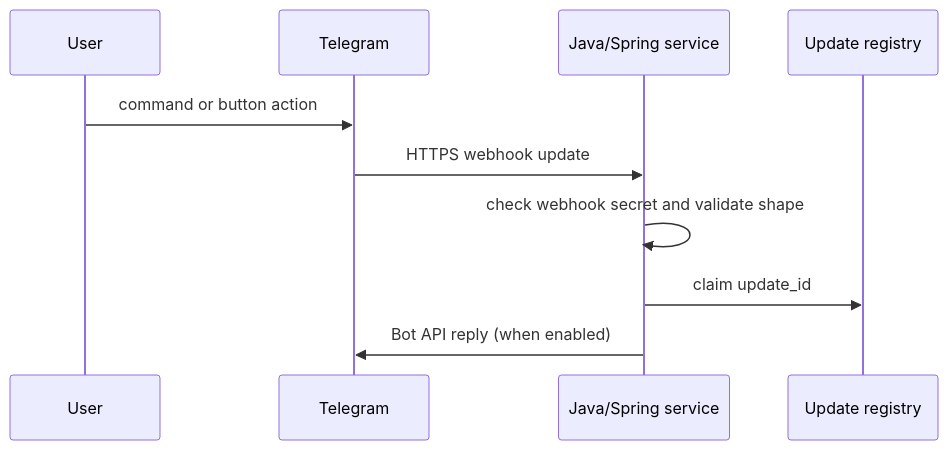
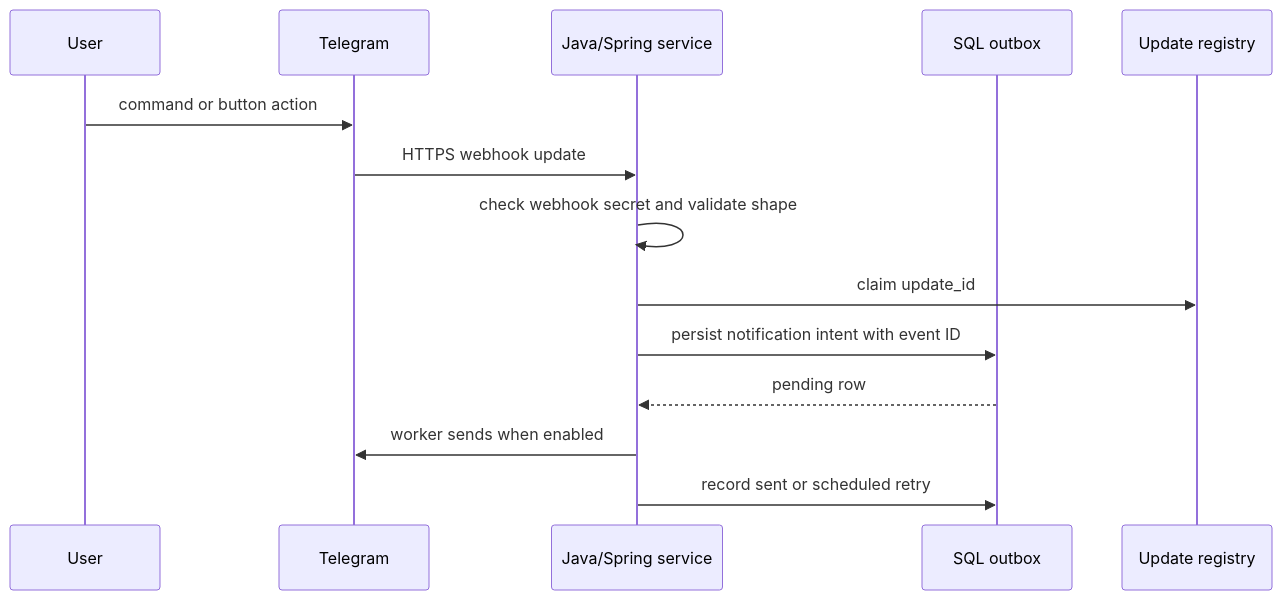
The diagram in learning/02-bot-service.md (ontonyy/telegram-integrations), drawn with Mermaid before and after one commit. The commit also changed other lines of this file and 37 other files, not shown here.

First line of the commit message:
feat: add durable Telegram notification outbox [skip ci]

````diff
--- a/learning/02-bot-service.md
+++ b/learning/02-bot-service.md
@@ -9,12 +9,16 @@
 ```mermaid
 sequenceDiagram
   participant User
   participant Telegram
   participant App as Java/Spring service
+  participant DB as SQL outbox
   participant Store as Update registry
   User->>Telegram: command or button action
   Telegram->>App: HTTPS webhook update
   App->>App: check webhook secret and validate shape
   App->>Store: claim update_id
-  App->>Telegram: Bot API reply (when enabled)
+  App->>DB: persist notification intent with event ID
+  DB-->>App: pending row
+  App->>Telegram: worker sends when enabled
+  App->>DB: record sent or scheduled retry
 ```
````
